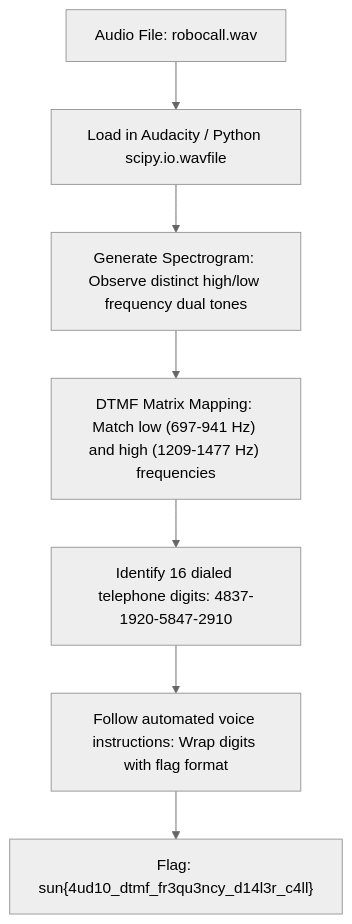
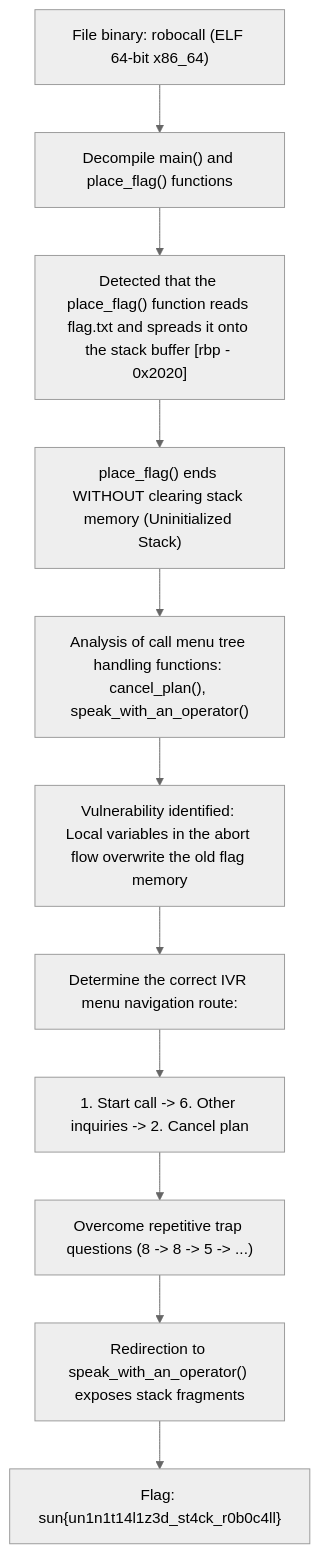
The second of 2 diagrams in _posts/2026-09-26-robocall.md (Lizamort1/ctf-writeups), drawn with Mermaid (neutral theme) before and after one commit. The commit also changed other lines of this file and 42 other files, not shown here.

Commit message:
fix: synchronize bilingual writeups and redraw diagrams

````diff
--- a/_posts/2026-09-26-robocall.md
+++ b/_posts/2026-09-26-robocall.md
@@ -124,9 +125,13 @@
 ```mermaid
 flowchart TD
-    A["Audio File: robocall.wav"] --> B["Load in Audacity / Python scipy.io.wavfile"]
-    B --> C["Generate Spectrogram: Observe distinct high/low frequency dual tones"]
-    C --> D["DTMF Matrix Mapping: Match low (697-941 Hz) and high (1209-1477 Hz) frequencies"]
-    D --> E["Identify 16 dialed telephone digits: 4837-1920-5847-2910"]
-    E --> F["Follow automated voice instructions: Wrap digits with flag format"]
-    F --> G["Flag: sun{4ud10_dtmf_fr3qu3ncy_d14l3r_c4ll}"]
+    A["File binary: robocall (ELF 64-bit x86_64)"] --> B["Decompile main() and place_flag() functions"]
+    B --> C["Detected that the place_flag() function reads flag.txt and spreads it onto the stack buffer [rbp - 0x2020]"]
+    C --> D["place_flag() ends WITHOUT clearing stack memory (Uninitialized Stack)"]
+    D --> E["Analysis of call menu tree handling functions: cancel_plan(), speak_with_an_operator()"]
+    E --> F["Vulnerability identified: Local variables in the abort flow overwrite the old flag memory"]
+    F --> G["Determine the correct IVR menu navigation route:"]
+    G --> H["1. Start call -> 6. Other inquiries -> 2. Cancel plan"]
+    H --> I["Overcome repetitive trap questions (8 -> 8 -> 5 -> ...)"]
+    I --> J["Redirection to speak_with_an_operator() exposes stack fragments"]
+    J --> K["Flag: sun{un1n1t14l1z3d_st4ck_r0b0c4ll}"]
 ```
````
